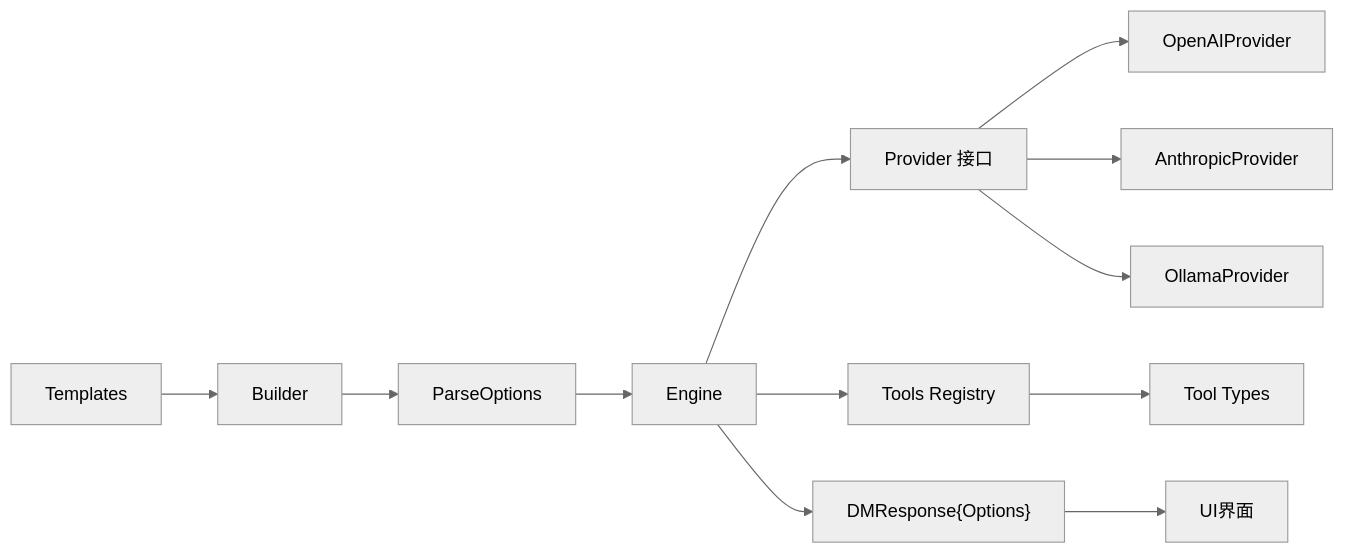
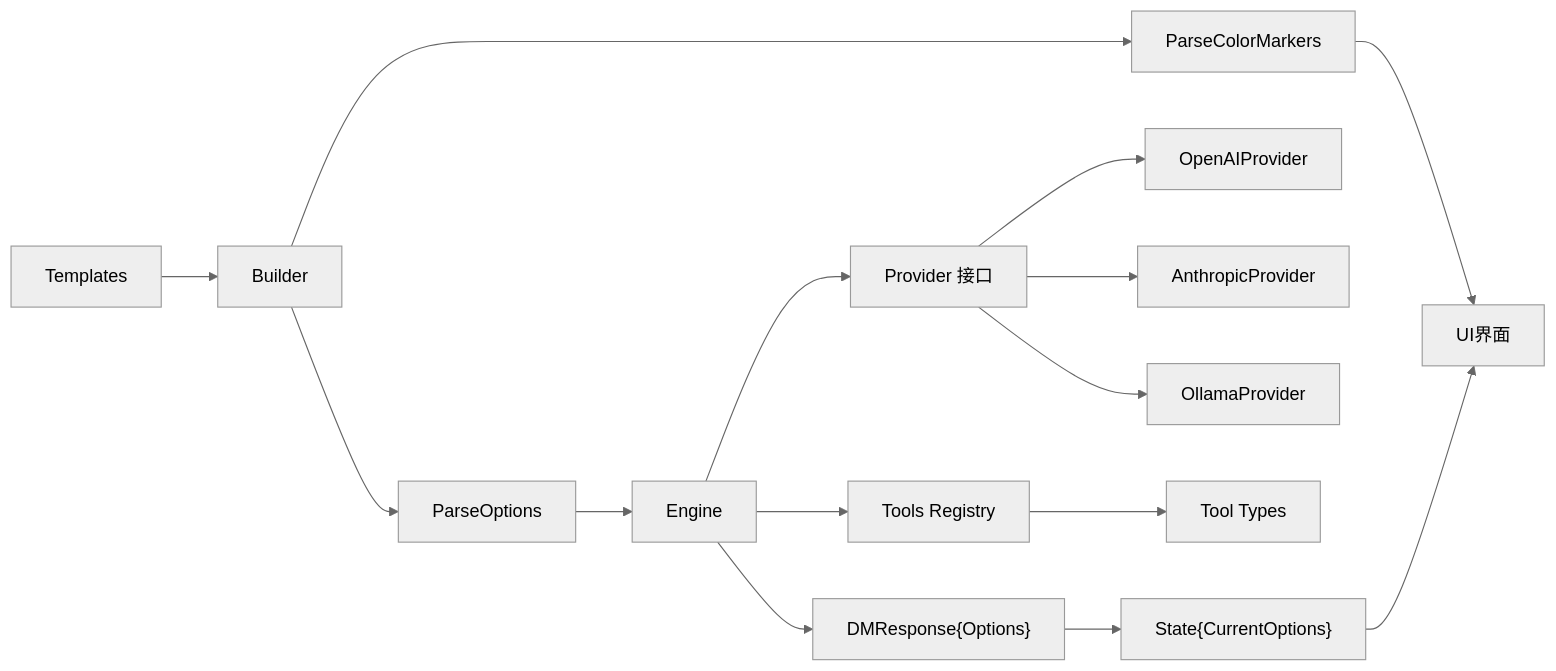
Before and after one commit to zwh8800/cdnd: the ninth of 9 diagrams in .qoder/repowiki/zh/content/LLM集成系统/提示词系统.md, drawn with Mermaid (neutral theme). The commit also changed other lines of this file and 102 other files, not shown here.

````diff
--- a/.qoder/repowiki/zh/content/LLM集成系统/提示词系统.md
+++ b/.qoder/repowiki/zh/content/LLM集成系统/提示词系统.md
@@ -426,14 +437,17 @@
 ```mermaid
 graph LR
 TPL["Templates"] --> BLD["Builder"]
 BLD --> OPTPARSE["ParseOptions"]
+BLD --> COLORMARK["ParseColorMarkers"]
 OPTPARSE --> ENG["Engine"]
+COLORMARK --> UI["UI界面"]
 ENG --> IFACE["Provider 接口"]
 IFACE --> OPENAI["OpenAIProvider"]
 IFACE --> ANTH["AnthropicProvider"]
 IFACE --> OLL["OllamaProvider"]
 ENG --> TOOLREG["Tools Registry"]
 TOOLREG --> TYPES["Tool Types"]
 ENG --> DMRESP["DMResponse{Options}"]
-DMRESP --> UI["UI界面"]
+DMRESP --> STATE["State{CurrentOptions}"]
+STATE --> UI
 ```
````
